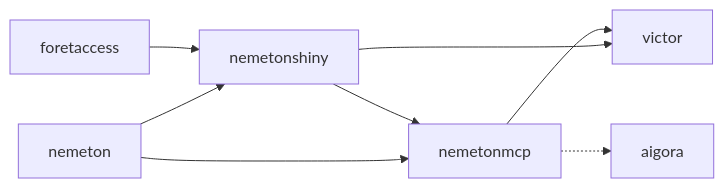
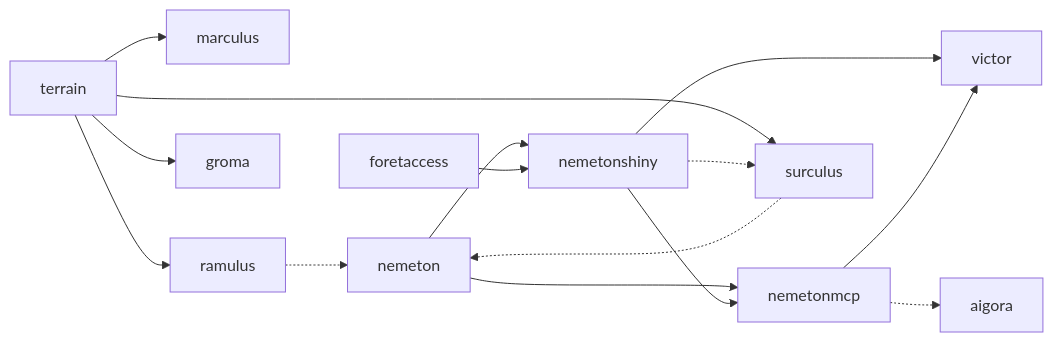
Before and after one commit to pobsteta/nemetonplateform: the diagram in docs/carte-dependances.md, drawn with Mermaid. The commit also changed other lines of this file and 2 other files, not shown here.

````diff
--- a/docs/carte-dependances.md
+++ b/docs/carte-dependances.md
@@ -23,10 +31,17 @@
 ```mermaid
 flowchart LR
   nemeton --> nemetonshiny
   foretaccess --> nemetonshiny
   nemeton --> nemetonmcp
   nemetonshiny --> nemetonmcp
   nemetonshiny --> victor
   nemetonmcp --> victor
   nemetonmcp -.-> aigora
+  terrain --> marculus
+  terrain --> surculus
+  terrain --> ramulus
+  terrain --> groma
+  nemetonshiny -.-> surculus
+  surculus -.-> nemeton
+  ramulus -.-> nemeton
 ```
````
